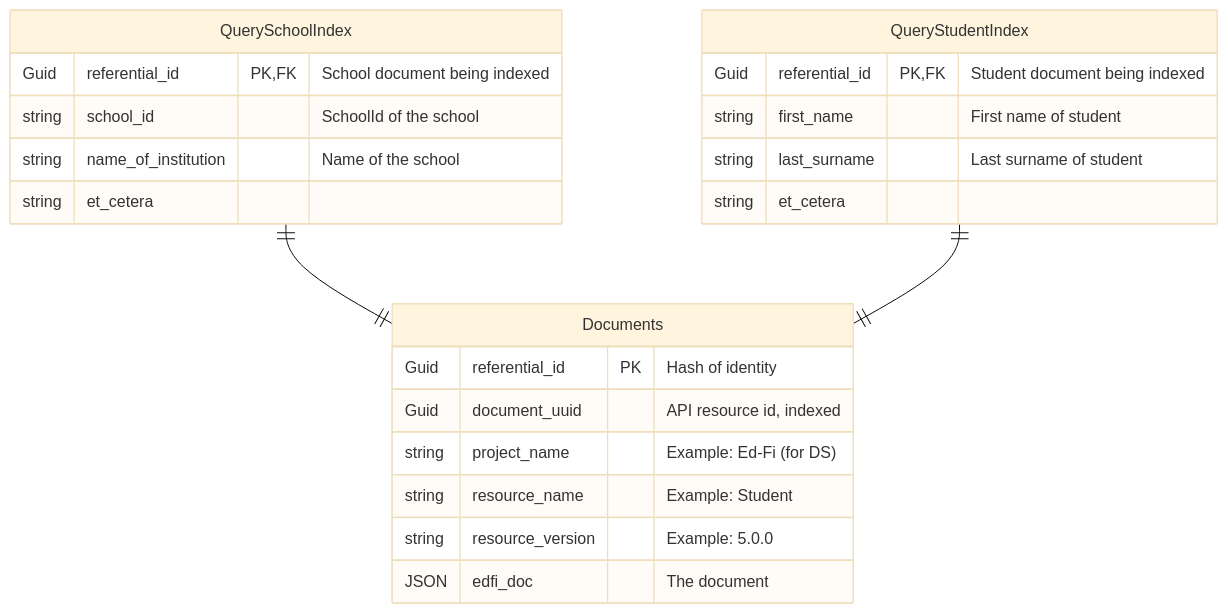
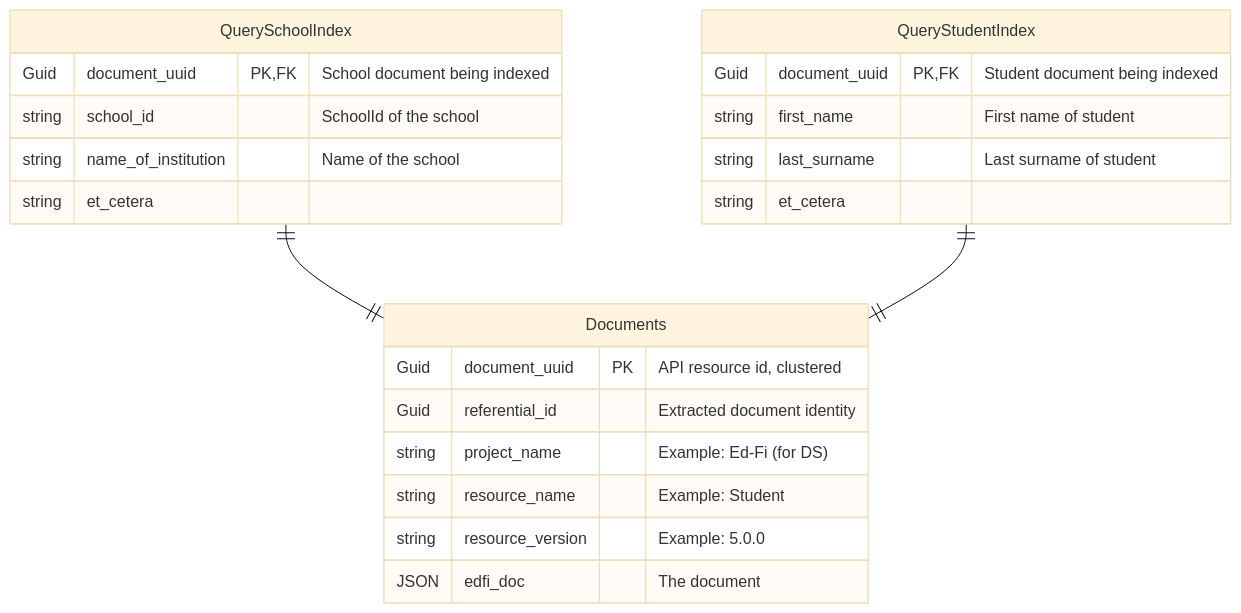
One commit to Ed-Fi-Alliance-OSS/Project-Tanager changed the second of 7 diagrams in docs/DMS/PRIMARY-DATA-STORAGE.md. Above: the diagram before and after it, drawn with Mermaid (base theme). The commit also changed other lines of this file, not shown here.

````diff
--- a/docs/DMS/PRIMARY-DATA-STORAGE.md
+++ b/docs/DMS/PRIMARY-DATA-STORAGE.md
@@ -232,26 +234,26 @@
 ```mermaid
 erDiagram
 
     Documents {
-        Guid referential_id PK "Hash of identity"
-        Guid document_uuid "API resource id, indexed"
+        Guid document_uuid PK "API resource id, clustered"
+        Guid referential_id "Extracted document identity"
         string project_name "Example: Ed-Fi (for DS)"
         string resource_name "Example: Student"
         string resource_version "Example: 5.0.0"
         JSON edfi_doc "The document"
     }
     QuerySchoolIndex ||--|| Documents : ""
     QuerySchoolIndex {
-        Guid referential_id PK,FK "School document being indexed"
+        Guid document_uuid PK,FK "School document being indexed"
         string school_id "SchoolId of the school"
         string name_of_institution "Name of the school"
         string et_cetera
     }
     QueryStudentIndex ||--|| Documents : ""
     QueryStudentIndex {
-        Guid referential_id PK,FK "Student document being indexed"
+        Guid document_uuid PK,FK "Student document being indexed"
         string first_name "First name of student"
         string last_surname "Last surname of student"
         string et_cetera
     }
 ```
````
